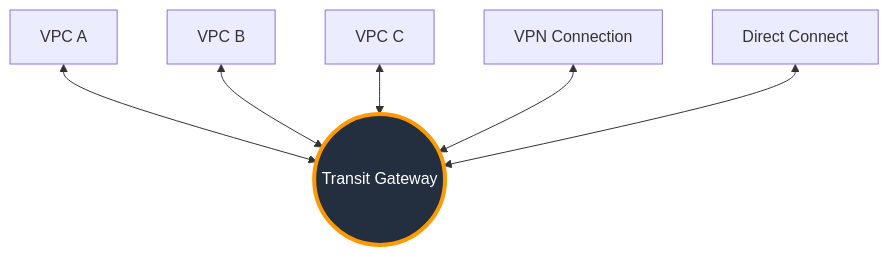
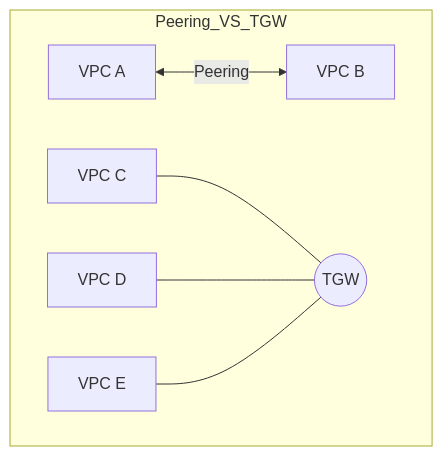
Before and after one commit to Ganil151/Devops: the diagram in 2-Intermediate/01-Networking-VPC/06-VPC-Peering-and-Transit-Gateway/README.md, drawn with Mermaid. The commit also changed other lines of this file and 30 other files, not shown here.

````diff
--- a/2-Intermediate/01-Networking-VPC/06-VPC-Peering-and-Transit-Gateway/README.md
+++ b/2-Intermediate/01-Networking-VPC/06-VPC-Peering-and-Transit-Gateway/README.md
@@ -51,12 +27,11 @@
 ```mermaid
 graph TD
-    TGW((Transit Gateway))
-    
-    VPC_A[VPC A] <--> TGW
-    VPC_B[VPC B] <--> TGW
-    VPC_C[VPC C] <--> TGW
-    VPN[VPN Connection] <--> TGW
-    DX[Direct Connect] <--> TGW
-    
-    style TGW fill:#232f3e,stroke:#f90,stroke-width:4px,color:#fff
+    subgraph Peering_VS_TGW
+        direction LR
+        A1[VPC A] <-->|Peering| B1[VPC B]
+        
+        A2[VPC C] --- TGW((TGW))
+        B2[VPC D] --- TGW
+        C2[VPC E] --- TGW
+    end
 ```
````
